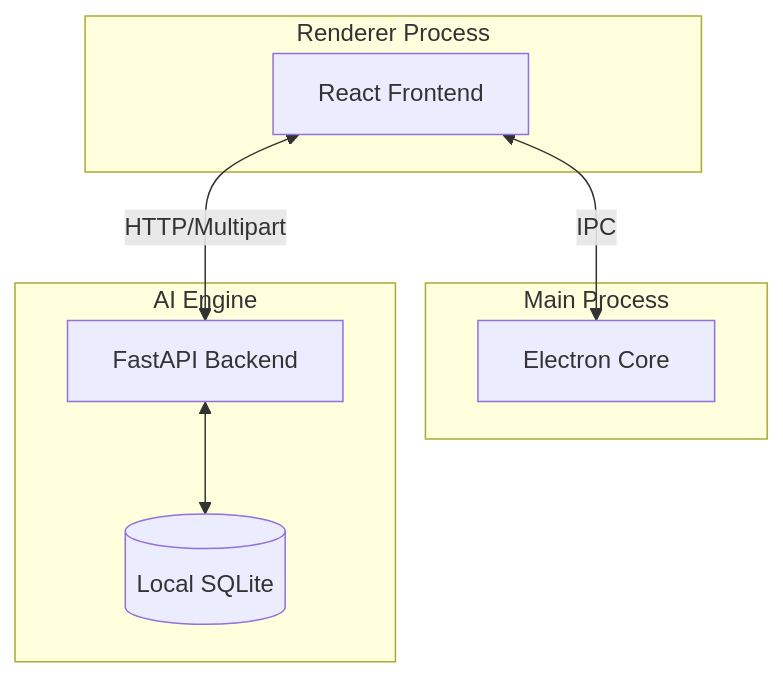
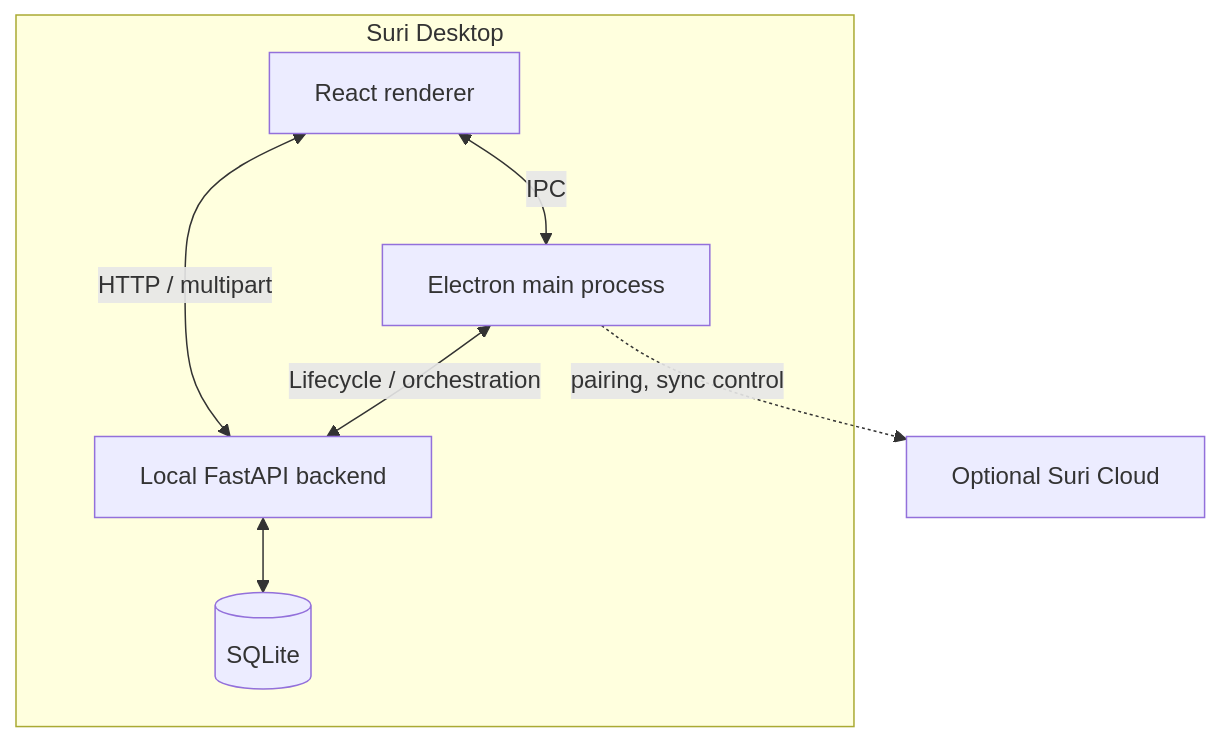
The diagram in docs/ARCHITECTURE.md (SuriAI/suri), drawn with Mermaid before and after one commit. The commit also changed other lines of this file and 18 other files, not shown here.

````diff
--- a/docs/ARCHITECTURE.md
+++ b/docs/ARCHITECTURE.md
@@ -7,19 +15,18 @@
 ```mermaid
 graph TD
-    subgraph UI [Renderer Process]
-        React[React Frontend]
+    subgraph Desktop["Suri Desktop"]
+        UI["React renderer"]
+        MAIN["Electron main process"]
+        API["Local FastAPI backend"]
+        DB[("SQLite")]
+
+        UI <-->|IPC| MAIN
+        UI <-->|HTTP / multipart| API
+        MAIN <-->|Lifecycle / orchestration| API
+        API <--> DB
     end
 
-    subgraph Main [Main Process]
-        Electron[Electron Core]
-    end
+    CLOUD["Optional Suri Cloud"]
 
-    subgraph Backend [AI Engine]
-        FastAPI[FastAPI Backend]
-        DB[(Local SQLite)]
-    end
-
-    React <-->|IPC| Electron
-    React <-->|HTTP/Multipart| FastAPI
-    FastAPI <--> DB
+    MAIN -. pairing, sync control .-> CLOUD
 ```
````
